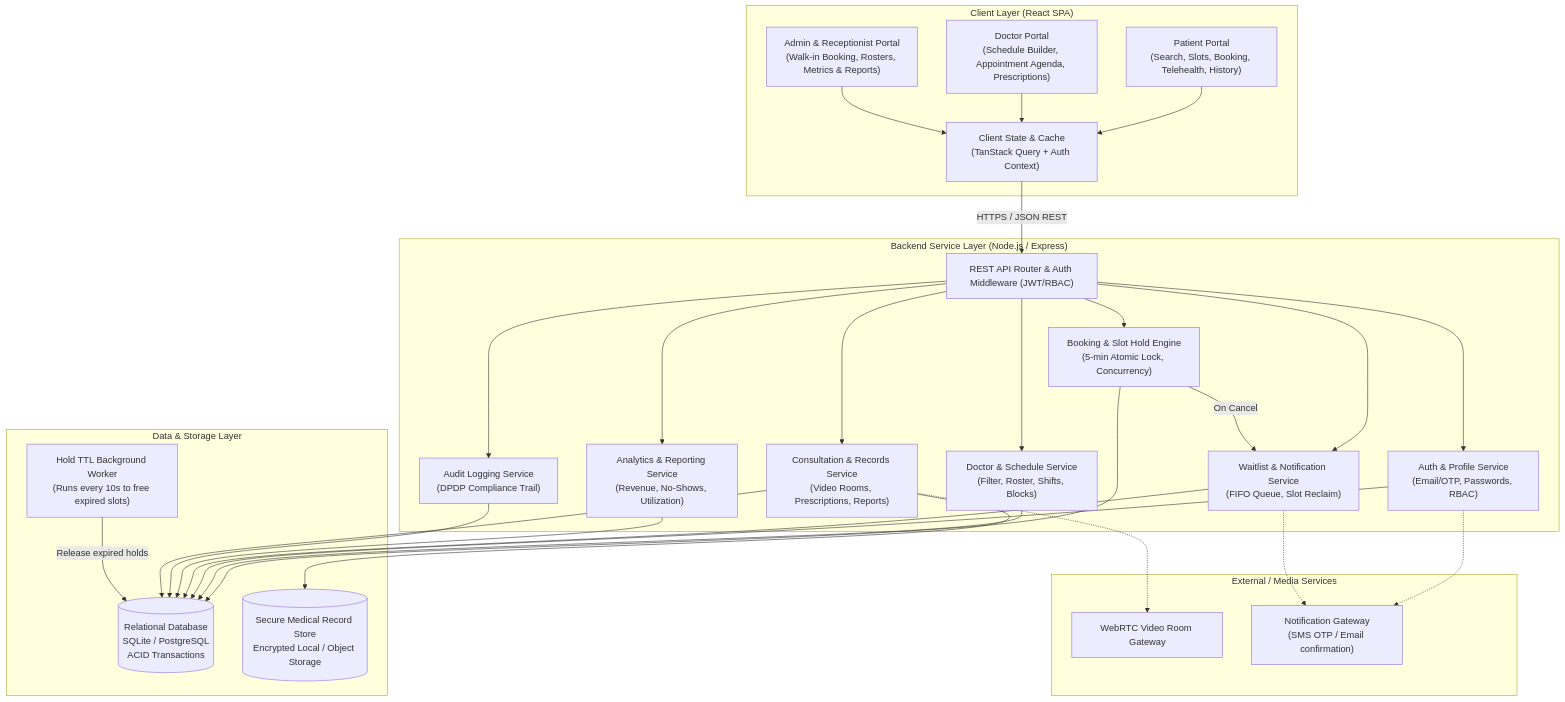
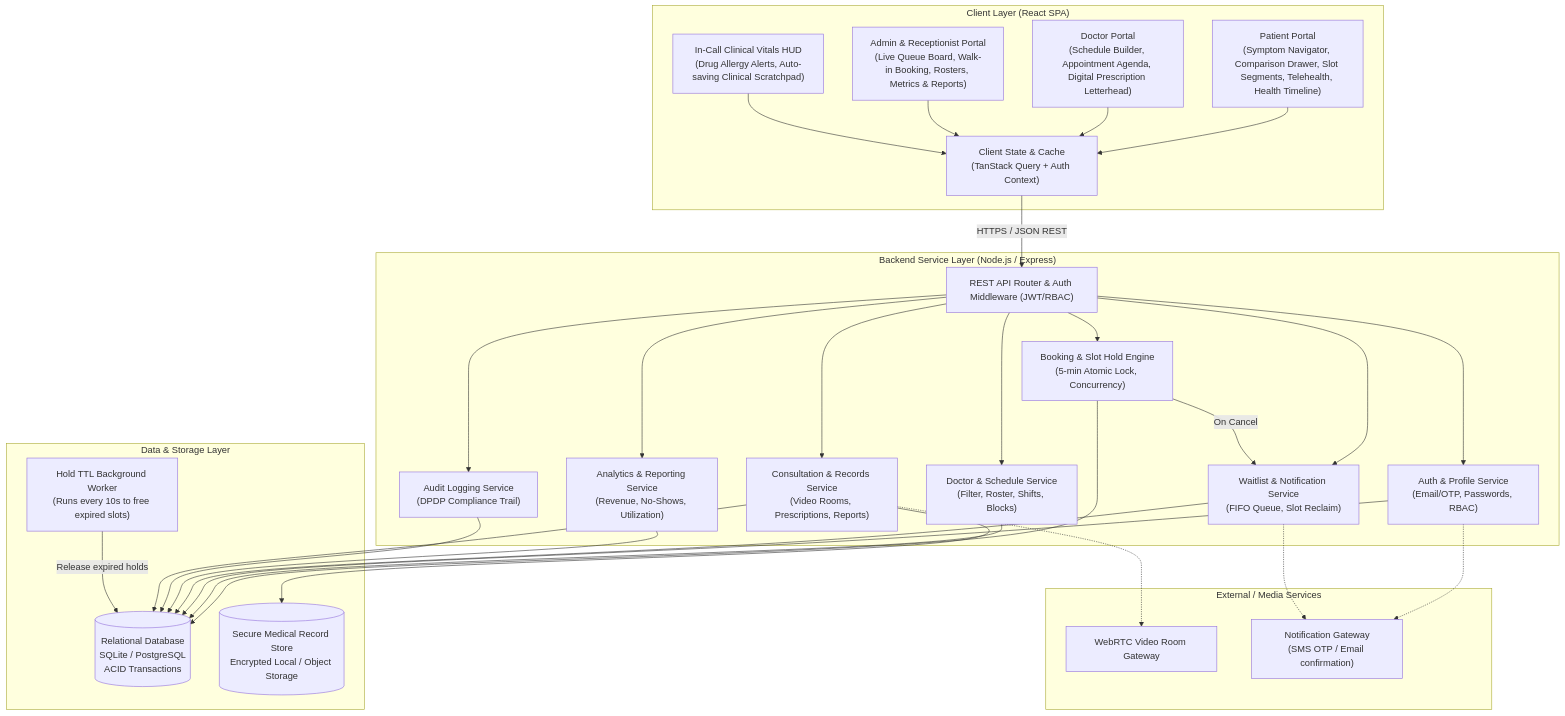
The first of 3 diagrams in specs/001-doctor-appointment-booking/plan.md (SudarsanNeeraj/Specdriven_using_specit), drawn with Mermaid before and after one commit. The commit also changed other lines of this file and 26 other files, not shown here.

````diff
--- a/specs/001-doctor-appointment-booking/plan.md
+++ b/specs/001-doctor-appointment-booking/plan.md
@@ -70,58 +74,60 @@
 ```mermaid
 graph TD
     subgraph ClientLayer ["Client Layer (React SPA)"]
-        UI_Patient["Patient Portal<br/>(Search, Slots, Booking, Telehealth, History)"]
-        UI_Doctor["Doctor Portal<br/>(Schedule Builder, Appointment Agenda, Prescriptions)"]
-        UI_Admin["Admin & Receptionist Portal<br/>(Walk-in Booking, Rosters, Metrics & Reports)"]
+        UI_Patient["Patient Portal<br/>(Symptom Navigator, Comparison Drawer, Slot Segments, Telehealth, Health Timeline)"]
+        UI_Doctor["Doctor Portal<br/>(Schedule Builder, Appointment Agenda, Digital Prescription Letterhead)"]
+        UI_Admin["Admin & Receptionist Portal<br/>(Live Queue Board, Walk-in Booking, Rosters, Metrics & Reports)"]
+        UI_HUD["In-Call Clinical Vitals HUD<br/>(Drug Allergy Alerts, Auto-saving Clinical Scratchpad)"]
         StateStore["Client State & Cache<br/>(TanStack Query + Auth Context)"]
         UI_Patient --> StateStore
         UI_Doctor --> StateStore
         UI_Admin --> StateStore
+        UI_HUD --> StateStore
     end
 
     subgraph APILayer ["Backend Service Layer (Node.js / Express)"]
         APIGateway["REST API Router & Auth Middleware (JWT/RBAC)"]
         AuthSvc["Auth & Profile Service<br/>(Email/OTP, Passwords, RBAC)"]
         DoctorSvc["Doctor & Schedule Service<br/>(Filter, Roster, Shifts, Blocks)"]
         BookingSvc["Booking & Slot Hold Engine<br/>(5-min Atomic Lock, Concurrency)"]
         WaitlistSvc["Waitlist & Notification Service<br/>(FIFO Queue, Slot Reclaim)"]
         ConsultSvc["Consultation & Records Service<br/>(Video Rooms, Prescriptions, Reports)"]
         ReportSvc["Analytics & Reporting Service<br/>(Revenue, No-Shows, Utilization)"]
         AuditSvc["Audit Logging Service<br/>(DPDP Compliance Trail)"]
         
         StateStore -->|HTTPS / JSON REST| APIGateway
         APIGateway --> AuthSvc
         APIGateway --> DoctorSvc
         APIGateway --> BookingSvc
         APIGateway --> WaitlistSvc
         APIGateway --> ConsultSvc
         APIGateway --> ReportSvc
         APIGateway --> AuditSvc
     end
 
     subgraph DataLayer ["Data & Storage Layer"]
         DB[(Relational Database<br/>SQLite / PostgreSQL<br/>ACID Transactions)]
         DocStore[(Secure Medical Record Store<br/>Encrypted Local / Object Storage)]
         Sweeper["Hold TTL Background Worker<br/>(Runs every 10s to free expired slots)"]
         
         BookingSvc --> DB
         DoctorSvc --> DB
         AuthSvc --> DB
         WaitlistSvc --> DB
         ReportSvc --> DB
         AuditSvc --> DB
         ConsultSvc --> DB
         ConsultSvc --> DocStore
         Sweeper -->|Release expired holds| DB
         BookingSvc -->|On Cancel| WaitlistSvc
     end
 
     subgraph Integrations ["External / Media Services"]
         WebRTC["WebRTC Video Room Gateway"]
         NotifGateway["Notification Gateway<br/>(SMS OTP / Email confirmation)"]
         
         ConsultSvc -.-> WebRTC
         AuthSvc -.-> NotifGateway
         WaitlistSvc -.-> NotifGateway
     end
 ```
````
